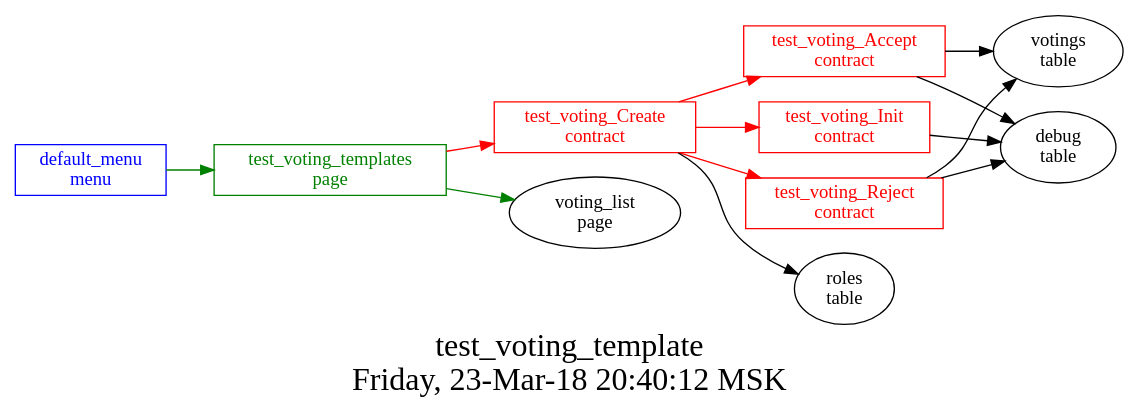
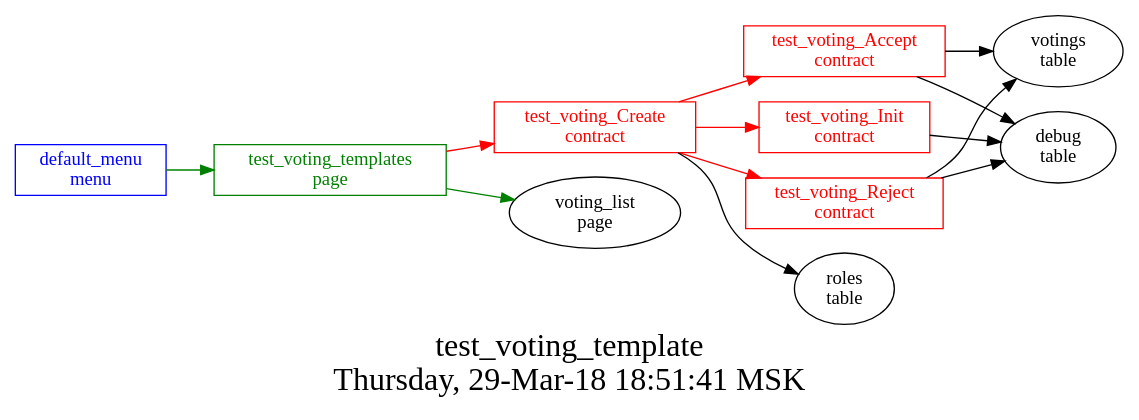
Before and after one commit to AplaProject/apps: the diagram in src/basic/basic_main/test_voting_templates/struct.dot, drawn with Graphviz. The commit also changed 52 other files, not shown here.

```diff
--- a/src/basic/basic_main/test_voting_templates/struct.dot
+++ b/src/basic/basic_main/test_voting_templates/struct.dot
@@ -1,29 +1,29 @@
 digraph G {
 graph [
   fontsize="24";
-  label="test_voting_template\nFriday, 23-Mar-18 20:40:12 MSK";
+  label="test_voting_template\nThursday, 29-Mar-18 18:51:41 MSK";
   nojustify=true;
   ordering=out;
   rankdir=LR;
   size="30";
 ];
 "default_menu\nmenu" -> "test_voting_templates\npage"  [ color=green ]
 "default_menu\nmenu" [color=blue, fontcolor=blue, group=menus, shape=record];
 "test_voting_templates\npage" -> "test_voting_Create\ncontract"  [ color=red ]
 "test_voting_templates\npage" -> "voting_list\npage"  [ color=green ]
 "test_voting_templates\npage" [color=green, fontcolor=green, group=pages, shape=record];
 "test_voting_Accept\ncontract" -> "votings\ntable"  [ color="" ]
 "test_voting_Accept\ncontract" -> "debug\ntable"  [ color="" ]
 "test_voting_Accept\ncontract" [color=red, fontcolor=red, group=contracts, shape=record];
 "test_voting_Create\ncontract" -> "test_voting_Accept\ncontract"  [ color=red ]
 "test_voting_Create\ncontract" -> "test_voting_Init\ncontract"  [ color=red ]
 "test_voting_Create\ncontract" -> "test_voting_Reject\ncontract"  [ color=red ]
 "test_voting_Create\ncontract" -> "roles\ntable"  [ color="" ]
 "test_voting_Create\ncontract" [color=red, fontcolor=red, group=contracts, shape=record];
 "test_voting_Init\ncontract" -> "debug\ntable"  [ color="" ]
 "test_voting_Init\ncontract" [color=red, fontcolor=red, group=contracts, shape=record];
 "test_voting_Reject\ncontract" -> "votings\ntable"  [ color="" ]
 "test_voting_Reject\ncontract" -> "debug\ntable"  [ color="" ]
 "test_voting_Reject\ncontract" [color=red, fontcolor=red, group=contracts, shape=record];
 "debug\ntable" [color="", fontcolor="", group=tables, shape=""];
 }
```
